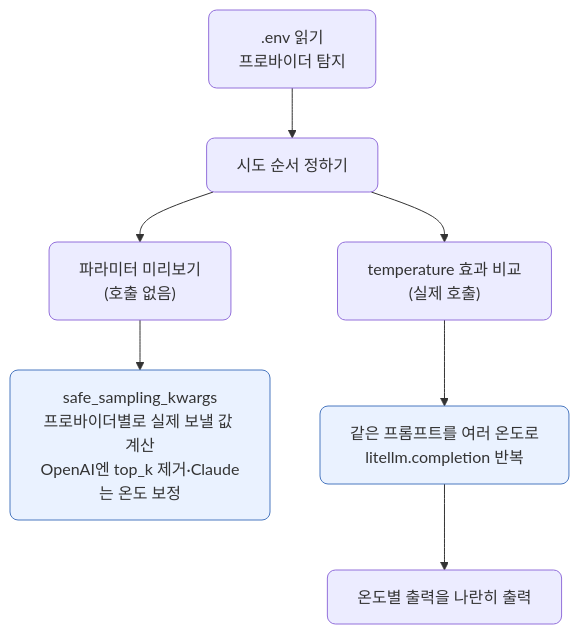
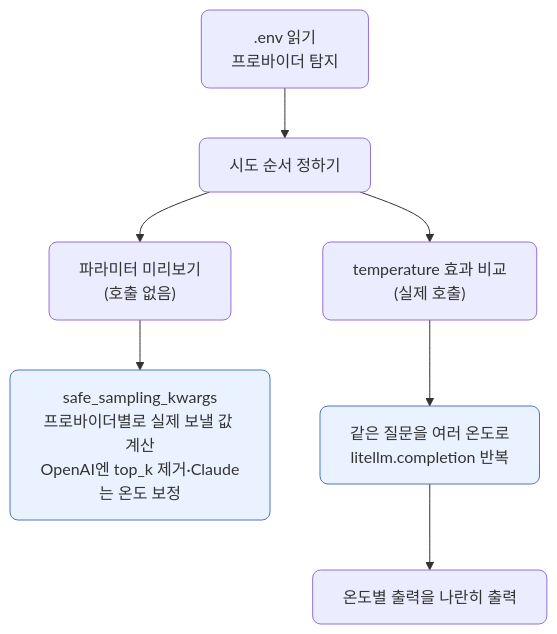
Before and after one commit to CodeCompose7/ai_service_engineering: the fourth of 5 diagrams in docs/section1/lec03/README.md, drawn with Mermaid. The commit also changed other lines of this file, not shown here.

````diff
--- a/docs/section1/lec03/README.md
+++ b/docs/section1/lec03/README.md
@@ -130,12 +134,12 @@
 ```mermaid
 flowchart TB
   ENV[".env 읽기<br/>프로바이더 탐지"] --> ORDER["시도 순서 정하기"]
   ORDER --> A["파라미터 미리보기<br/>(호출 없음)"]
   ORDER --> B["temperature 효과 비교<br/>(실제 호출)"]
   A --> A1["safe_sampling_kwargs<br/>프로바이더별로 실제 보낼 값 계산<br/>OpenAI엔 top_k 제거·Claude는 온도 보정"]
-  B --> B1["같은 프롬프트를 여러 온도로<br/>litellm.completion 반복"]
+  B --> B1["같은 질문을 여러 온도로<br/>litellm.completion 반복"]
   B1 --> B2["온도별 출력을 나란히 출력"]
   classDef default rx:8,ry:8;
   classDef key fill:#eaf2ff,stroke:#4a78c0;
   class A1,B1 key;
 ```
````
